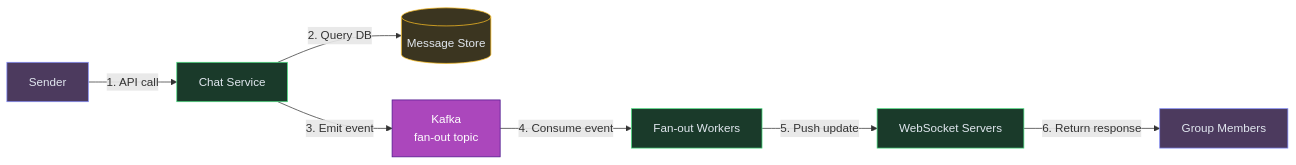
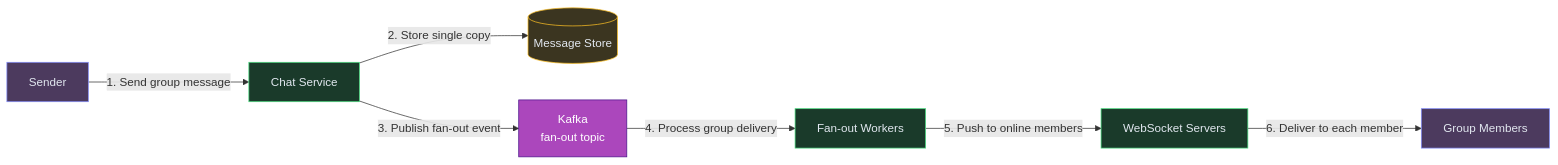
The fifth of 6 diagrams in content/hld/ChatSystem.md (iluzn/HLD-Designs), drawn with Mermaid before and after one commit. The commit also changed other lines of this file and 27 other files, not shown here.

````diff
--- a/content/hld/ChatSystem.md
+++ b/content/hld/ChatSystem.md
@@ -270,22 +270,22 @@
 ```mermaid
 flowchart LR
     SENDER["Sender"]:::client
     CHAT["Chat Service"]:::service
     STORE[("Message Store")]:::data
     K["Kafka<br/>fan-out topic"]:::async
     FAN["Fan-out Workers"]:::service
     WS["WebSocket Servers"]:::service
     MEMBERS["Group Members"]:::client
 
-    SENDER -->|"1. API call"| CHAT
-    CHAT -->|"2. Query DB"| STORE
-    CHAT -->|"3. Emit event"| K
-    K -->|"4. Consume event"| FAN
-    FAN -->|"5. Push update"| WS
-    WS -->|"6. Return response"| MEMBERS
+    SENDER -->|"1. Send group message"| CHAT
+    CHAT -->|"2. Store single copy"| STORE
+    CHAT -->|"3. Publish fan-out event"| K
+    K -->|"4. Process group delivery"| FAN
+    FAN -->|"5. Push to online members"| WS
+    WS -->|"6. Deliver to each member"| MEMBERS
 
     classDef client fill:#4c3a5e,stroke:#818cf8,color:#e2e8f0
     classDef service fill:#1a3a2a,stroke:#4ade80,color:#e2e8f0
     classDef async fill:#AB47BC,stroke:#4A148C,color:#fff
     classDef data fill:#3b3520,stroke:#fbbf24,color:#e2e8f0
 ```
````
